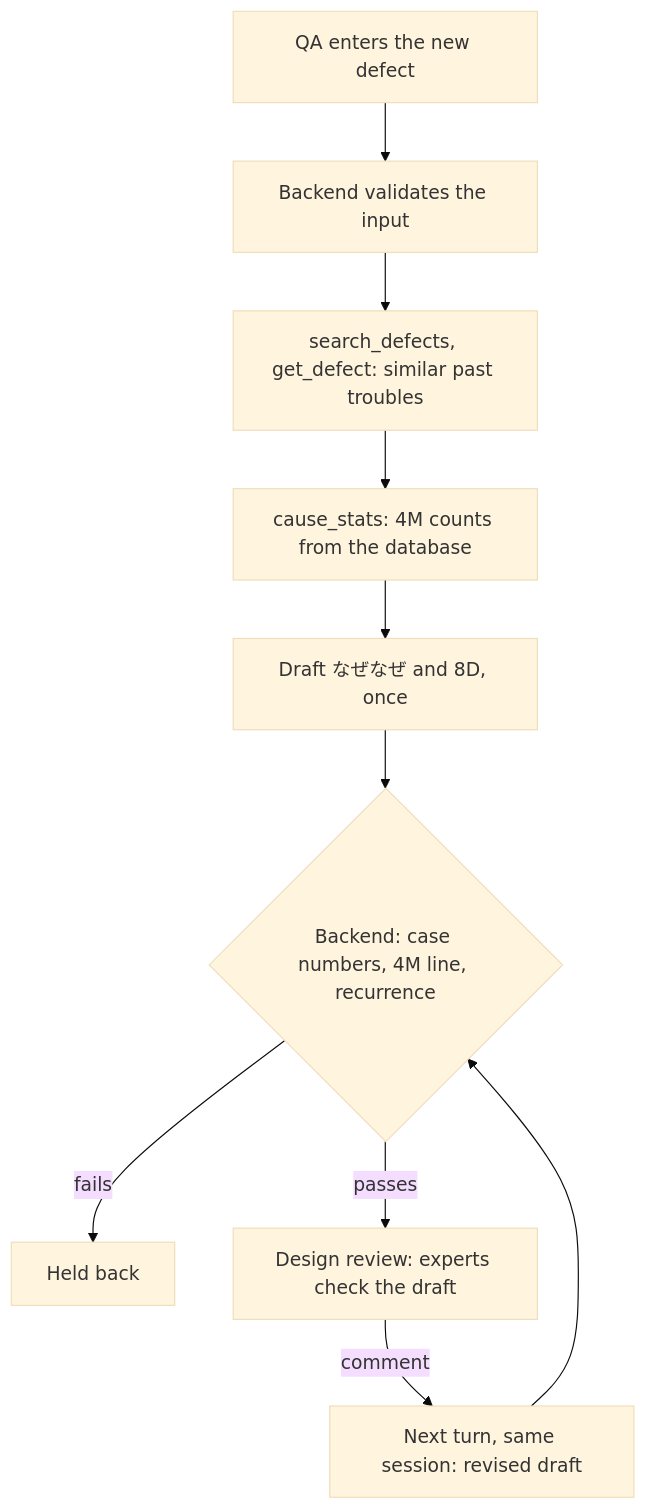
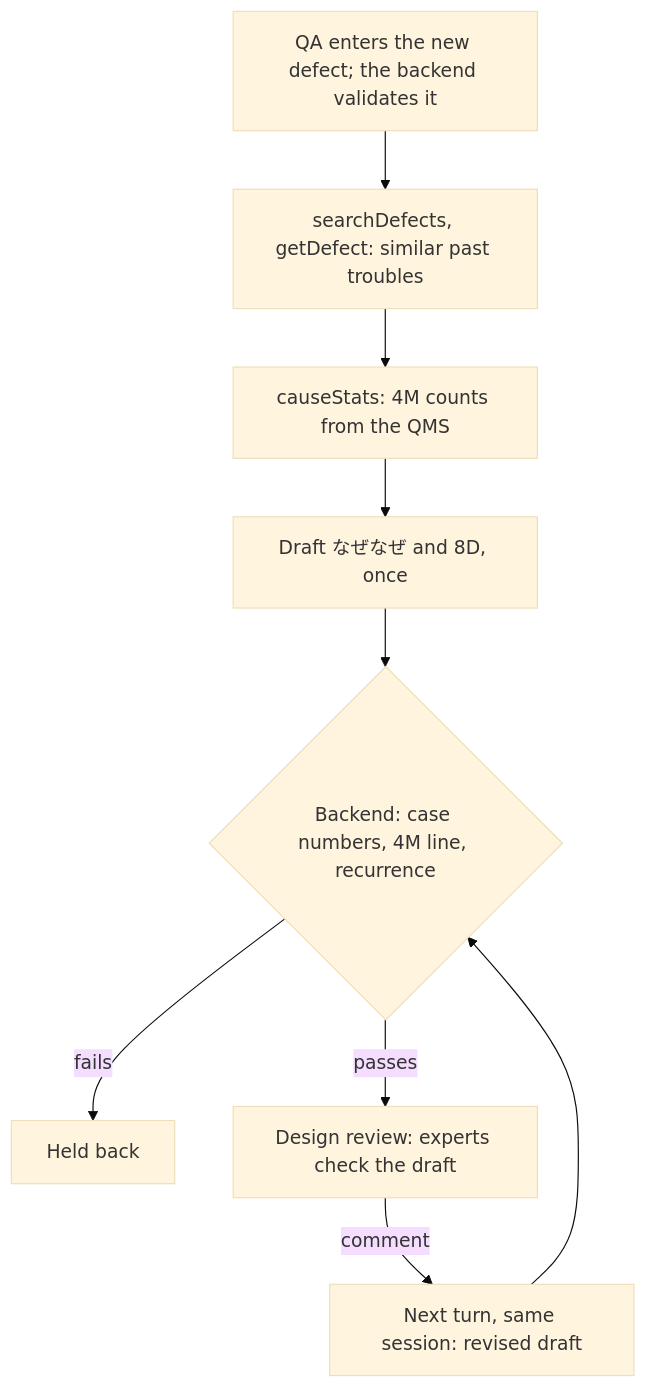
One commit to indxjp/agent-workspace changed the first of 2 diagrams in docs/sdk/site/tutorials/quality-defect.mdx. Above: the diagram before and after it, drawn with Mermaid (base theme). The commit also changed other lines of this file and 2629 other files, not shown here.

````diff
--- a/docs/sdk/site/tutorials/quality-defect.mdx
+++ b/docs/sdk/site/tutorials/quality-defect.mdx
@@ -38,12 +41,11 @@
 ```mermaid
 flowchart TD
-  N["QA enters the new defect"] --> V["Backend validates the input"]
-  V --> S["search_defects, get_defect: similar past troubles"]
-  S --> C["cause_stats: 4M counts from the database"]
+  N["QA enters the new defect; the backend validates it"] --> S["searchDefects, getDefect: similar past troubles"]
+  S --> C["causeStats: 4M counts from the QMS"]
   C --> D["Draft なぜなぜ and 8D, once"]
   D --> B{"Backend: case numbers, 4M line, recurrence"}
   B -- "fails" --> H["Held back"]
   B -- "passes" --> R["Design review: experts check the draft"]
   R -- "comment" --> D2["Next turn, same session: revised draft"]
   D2 --> B
 ```
````
